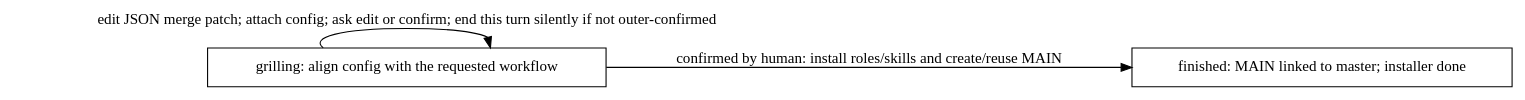
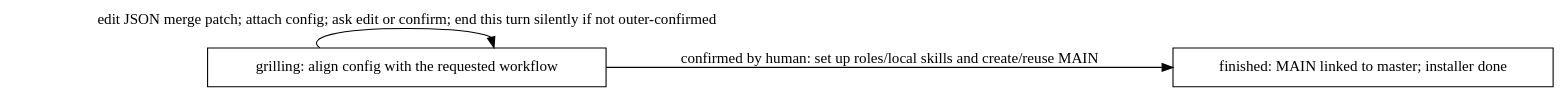
One commit to Winfred666/multica-featssship changed the first of 2 diagrams in docs/workflow.md. Above: the diagram before and after it, drawn with Graphviz. The commit also changed other lines of this file and 10 other files, not shown here.

````diff
--- a/docs/workflow.md
+++ b/docs/workflow.md
@@ -5,9 +5,9 @@
 ```dot
 digraph installation {
   rankdir=LR; node [shape=box];
   grilling [label="grilling: align config with the requested workflow"];
   finished [label="finished: MAIN linked to master; installer done"];
   grilling -> grilling [label="edit JSON merge patch; attach config; ask edit or confirm; end this turn silently if not outer-confirmed"];
-  grilling -> finished [label="confirmed by human: install roles/skills and create/reuse MAIN"];
+  grilling -> finished [label="confirmed by human: set up roles/local skills and create/reuse MAIN"];
 }
 ```
````
